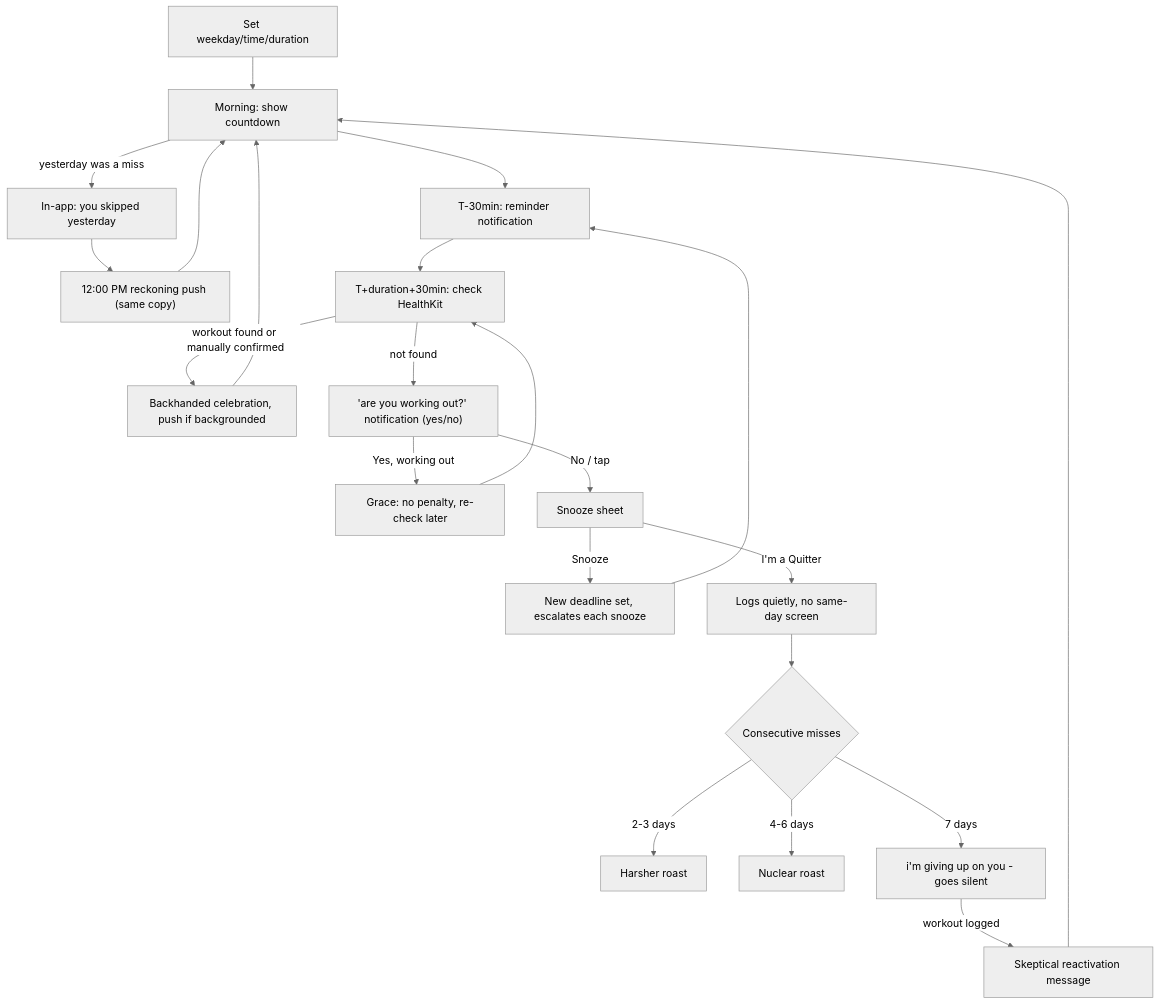
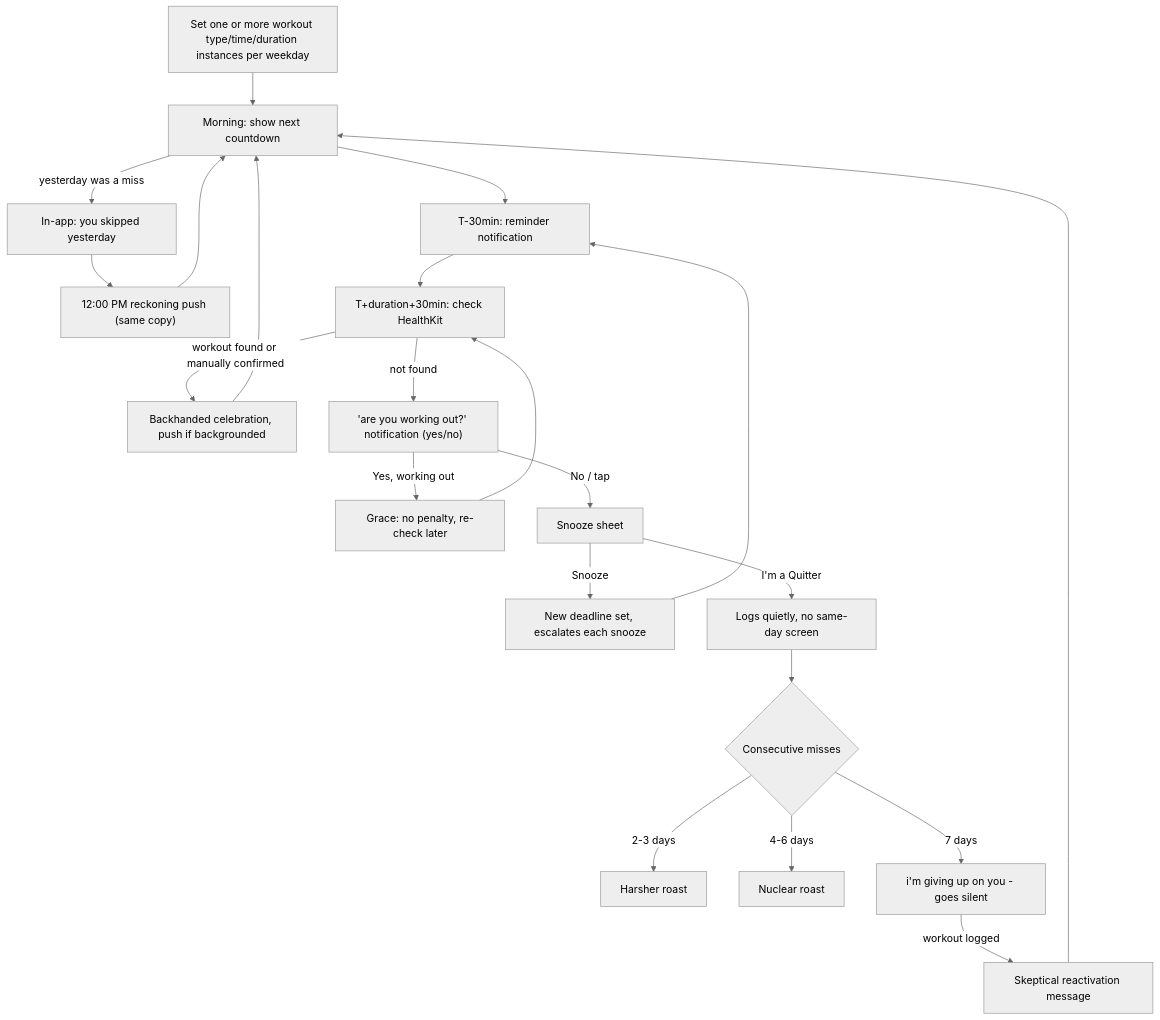
The diagram in plan.md (tvnquinn/broiled), drawn with Mermaid (neutral theme) before and after one commit. The commit also changed other lines of this file and 17 other files, not shown here.

````diff
--- a/plan.md
+++ b/plan.md
@@ -122,22 +106,22 @@
 ```mermaid
 flowchart TD
-  setup[Set weekday/time/duration] --> morning[Morning: show countdown]
+  setup[Set one or more workout type/time/duration instances per weekday] --> morning[Morning: show next countdown]
   morning -->|yesterday was a miss| reckoning["In-app: you skipped yesterday"]
   reckoning --> noonPush["12:00 PM reckoning push (same copy)"]
   noonPush --> morning
   morning --> preReminder["T-30min: reminder notification"]
   preReminder --> checkTime["T+duration+30min: check HealthKit"]
   checkTime -->|workout found or manually confirmed| success[Backhanded celebration, push if backgrounded]
   checkTime -->|not found| missNotif["'are you working out?' notification (yes/no)"]
   missNotif -->|"Yes, working out"| grace[Grace: no penalty, re-check later] --> checkTime
   missNotif -->|"No" / tap| snoozeSheet[Snooze sheet]
   snoozeSheet -->|Snooze| snoozeInsult[New deadline set, escalates each snooze] --> preReminder
   snoozeSheet -->|"I'm a Quitter"| quietFail[Logs quietly, no same-day screen]
   quietFail --> streak{Consecutive misses}
   streak -->|2-3 days| harsher[Harsher roast]
   streak -->|4-6 days| nuclear[Nuclear roast]
   streak -->|7 days| givingUp["i'm giving up on you" - goes silent]
   givingUp -->|workout logged| reactivate[Skeptical reactivation message]
   reactivate --> morning
   success --> morning
 ```
````
